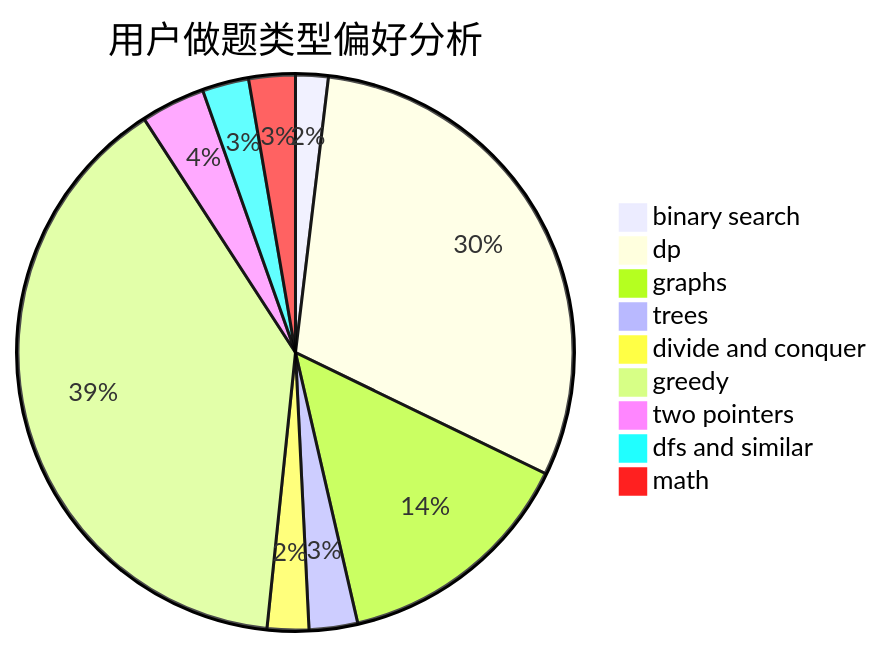
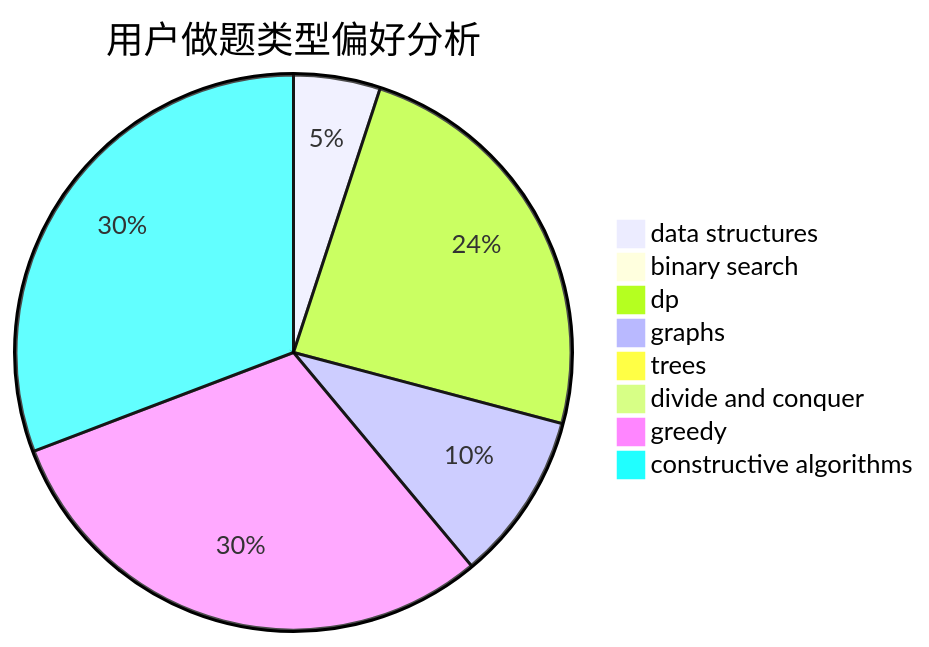
Before and after one commit to sherpahu/cfrs.github.io: the second of 3 diagrams in docs/user/u1441.md, drawn with Mermaid. The commit also changed other lines of this file and 2775 other files, not shown here.

````diff
--- a/docs/user/u1441.md
+++ b/docs/user/u1441.md
@@ -23,12 +23,11 @@
 ```mermaid
 pie title 用户做题类型偏好分析
-    "binary search" :  33
-    "dp" :  526
-    "graphs" :  247
-    "trees" :  49
-    "divide and conquer" :  42
-    "greedy" :  681
-    "two pointers" :  65
-    "dfs and similar" :  47
-    "math" :  47
+    "data structures" :  91
+    "binary search" :  6
+    "dp" :  434
+    "graphs" :  177
+    "trees" :  16
+    "divide and conquer" :  0
+    "greedy" :  546
+    "constructive algorithms" :  555
 ```
````
